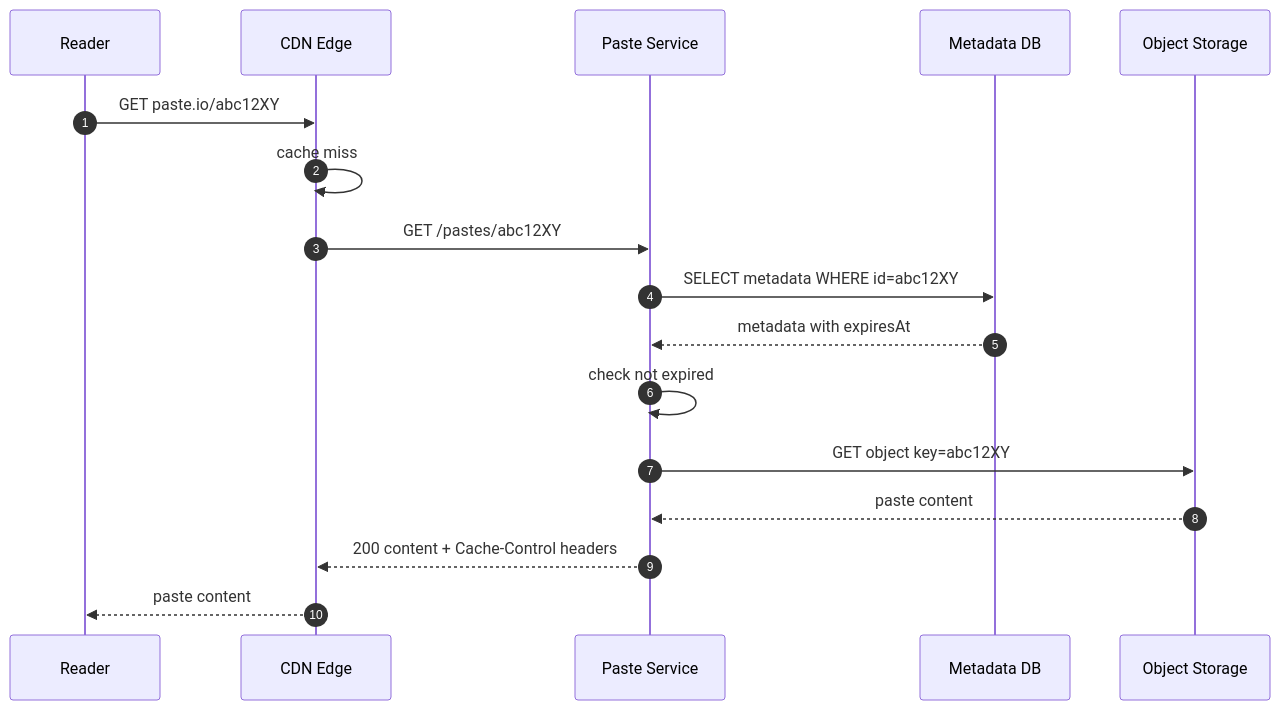
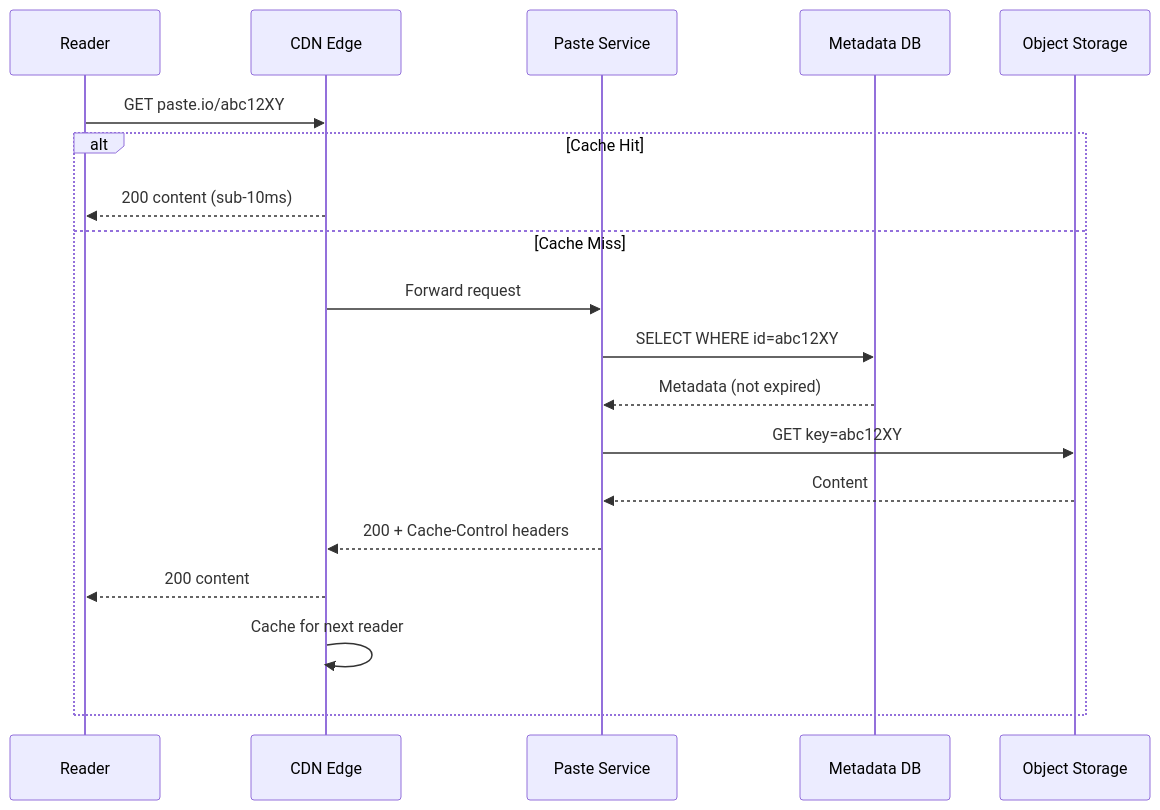
One commit to iluzn/HLD-Designs changed the sixth of 7 diagrams in content/hld/Pastebin.md. Above: the diagram before and after it, drawn with Mermaid. The commit also changed other lines of this file and 1 other file, not shown here.

````diff
--- a/content/hld/Pastebin.md
+++ b/content/hld/Pastebin.md
@@ -193,20 +297,22 @@
 ```mermaid
 sequenceDiagram
-    autonumber
     participant R as Reader
     participant CDN as CDN Edge
     participant API as Paste Service
     participant DB as Metadata DB
     participant S3 as Object Storage
 
     R->>CDN: GET paste.io/abc12XY
-    CDN->>CDN: cache miss
-    CDN->>API: GET /pastes/abc12XY
-    API->>DB: SELECT metadata WHERE id=abc12XY
-    DB-->>API: metadata with expiresAt
-    API->>API: check not expired
-    API->>S3: GET object key=abc12XY
-    S3-->>API: paste content
-    API-->>CDN: 200 content + Cache-Control headers
-    CDN-->>R: paste content
+    alt Cache Hit
+        CDN-->>R: 200 content (sub-10ms)
+    else Cache Miss
+        CDN->>API: Forward request
+        API->>DB: SELECT WHERE id=abc12XY
+        DB-->>API: Metadata (not expired)
+        API->>S3: GET key=abc12XY
+        S3-->>API: Content
+        API-->>CDN: 200 + Cache-Control headers
+        CDN-->>R: 200 content
+        CDN->>CDN: Cache for next reader
+    end
 ```
````
